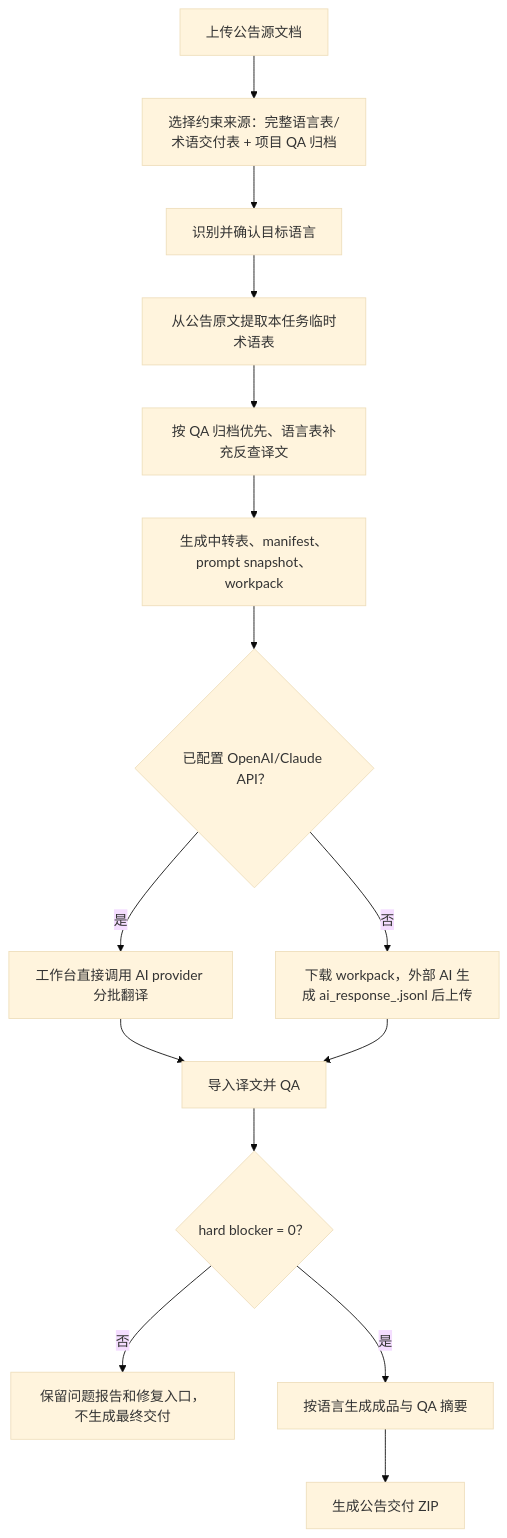
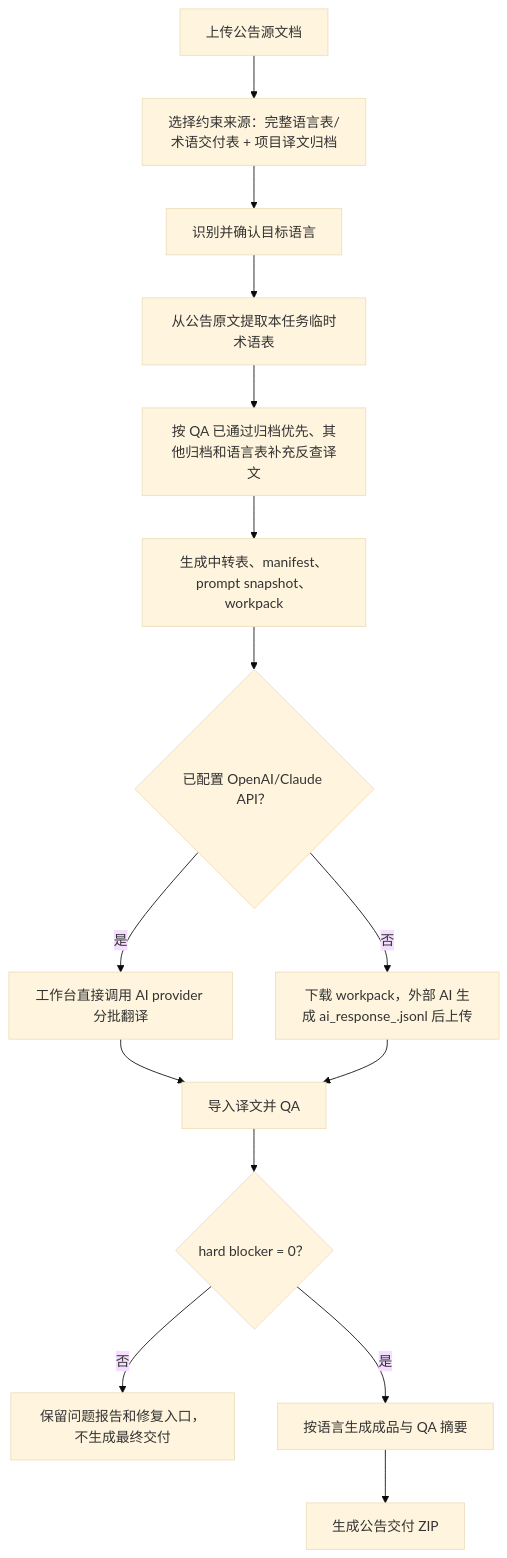
One commit to zhangzeyu99-web/localization-workflow-studio changed the second of 2 diagrams in README.md. Above: the diagram before and after it, drawn with Mermaid (base theme). The commit also changed other lines of this file and 43 other files, not shown here.

````diff
--- a/README.md
+++ b/README.md
@@ -86,17 +86,17 @@
 ```mermaid
 flowchart TD
-  A["上传公告源文档"] --> B["选择约束来源：完整语言表/术语交付表 + 项目 QA 归档"]
+  A["上传公告源文档"] --> B["选择约束来源：完整语言表/术语交付表 + 项目译文归档"]
   B --> C["识别并确认目标语言"]
   C --> D["从公告原文提取本任务临时术语表"]
-  D --> E["按 QA 归档优先、语言表补充反查译文"]
+  D --> E["按 QA 已通过归档优先、其他归档和语言表补充反查译文"]
   E --> F["生成中转表、manifest、prompt snapshot、workpack"]
   F --> G{"已配置 OpenAI/Claude API？"}
   G -- "是" --> H["工作台直接调用 AI provider 分批翻译"]
   G -- "否" --> I["下载 workpack，外部 AI 生成 ai_response_<LANG>.jsonl 后上传"]
   H --> J["导入译文并 QA"]
   I --> J
   J --> K{"hard blocker = 0？"}
   K -- "否" --> L["保留问题报告和修复入口，不生成最终交付"]
   K -- "是" --> M["按语言生成成品与 QA 摘要"]
   M --> N["生成公告交付 ZIP"]
 ```
````
